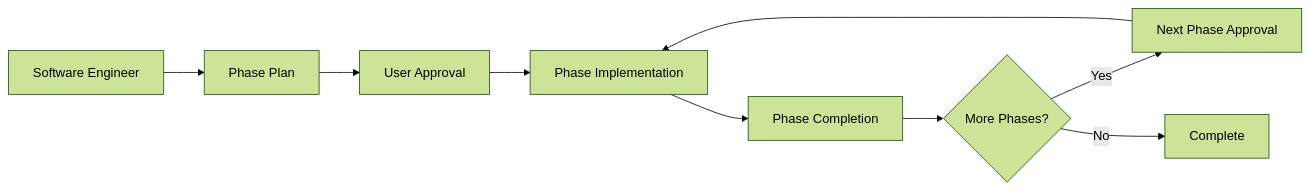
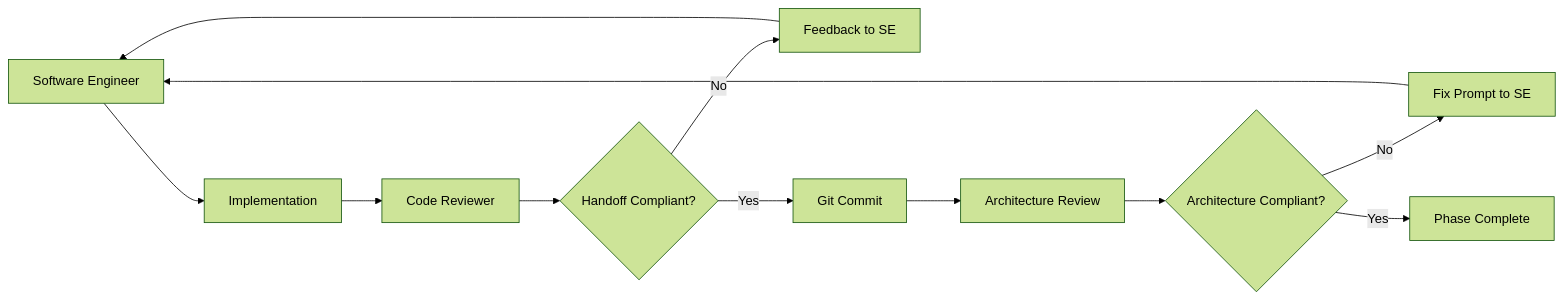
Before and after one commit to jnhaffey/AI-Agent-Project-Instruction-Generator: the third of 4 diagrams in README.md, drawn with Mermaid (forest theme). The commit also changed other lines of this file and 13 other files, not shown here.

````diff
--- a/README.md
+++ b/README.md
@@ -271,11 +310,14 @@
 ```mermaid
 graph LR
-    A[Software Engineer] --> B[Phase Plan]
-    B --> C[User Approval]
-    C --> D[Phase Implementation]
-    D --> E[Phase Completion]
-    E --> F{More Phases?}
-    F -->|Yes| G[Next Phase Approval]
-    F -->|No| H[Complete]
-    G --> D
+    A[Software Engineer] --> B[Implementation]
+    B --> C[Code Reviewer]
+    C --> D{Handoff Compliant?}
+    D -->|No| E[Feedback to SE]
+    D -->|Yes| F[Git Commit]
+    E --> A
+    F --> G[Architecture Review]
+    G --> H{Architecture Compliant?}
+    H -->|No| I[Fix Prompt to SE]
+    H -->|Yes| J[Phase Complete]
+    I --> A
 ```
````
